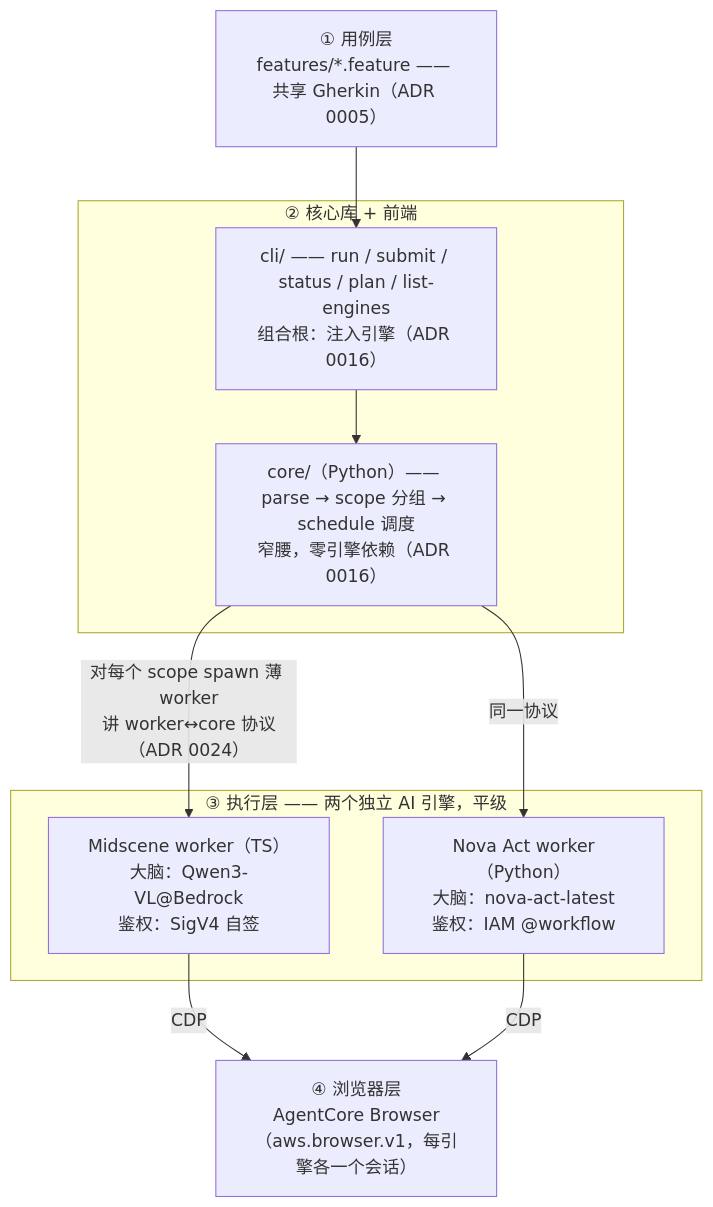
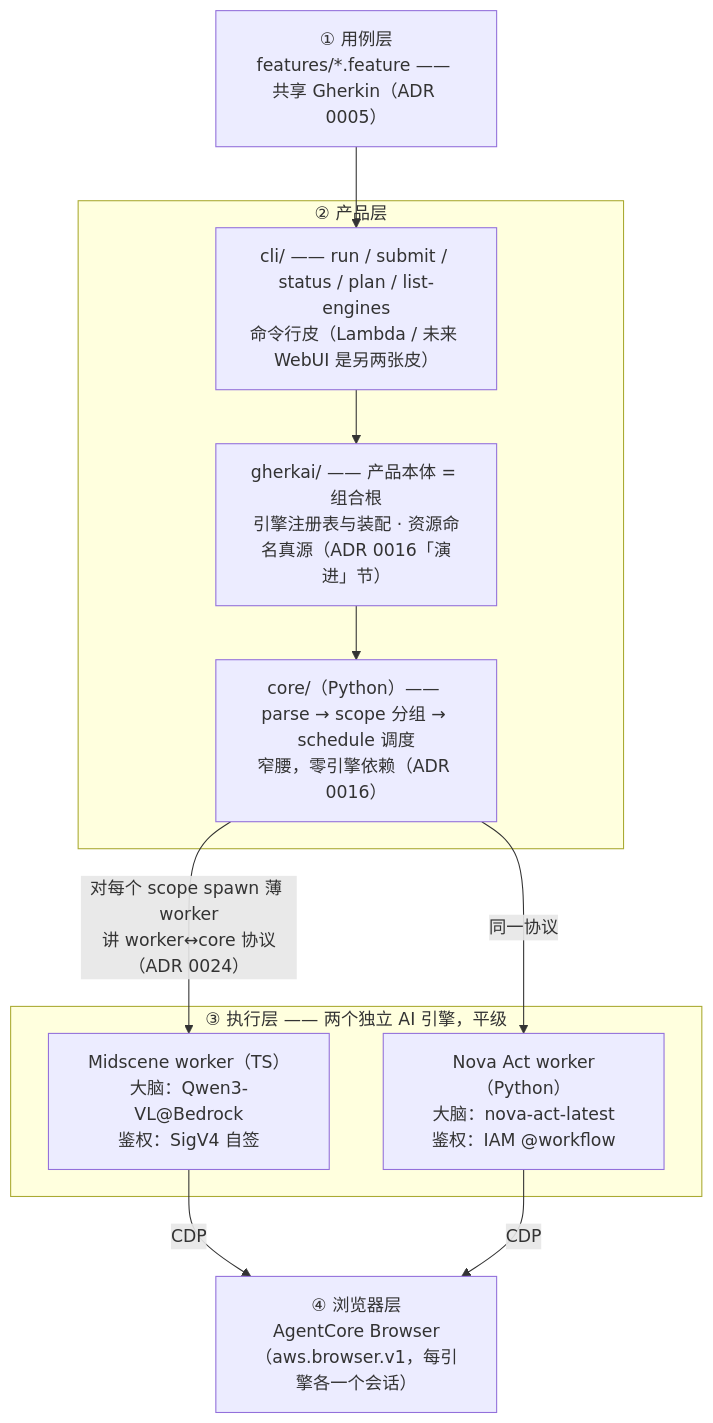
The diagram in README.md (zhiyanliu/gherkai), drawn with Mermaid before and after one commit.

Commit message:
README 架构图：②层补 gherkai 产品本体（皮→gherkai→core 依赖链,对齐抽包后布局）

````diff
--- a/README.md
+++ b/README.md
@@ -31,23 +31,24 @@
 ```mermaid
 flowchart TD
     F["① 用例层<br/>features/*.feature —— 共享 Gherkin（ADR 0005）"]
 
-    subgraph L2["② 核心库 + 前端"]
-        CLI["cli/ —— run / submit / status / plan / list-engines<br/>组合根：注入引擎（ADR 0016）"]
+    subgraph L2["② 产品层"]
+        CLI["cli/ —— run / submit / status / plan / list-engines<br/>命令行皮（Lambda / 未来 WebUI 是另两张皮）"]
+        G["gherkai/ —— 产品本体 = 组合根<br/>引擎注册表与装配 · 资源命名真源（ADR 0016「演进」节）"]
         C["core/（Python）—— parse → scope 分组 → schedule 调度<br/>窄腰，零引擎依赖（ADR 0016）"]
-        CLI --> C
+        CLI --> G --> C
     end
 
     subgraph L3["③ 执行层 —— 两个独立 AI 引擎，平级"]
         M["Midscene worker（TS）<br/>大脑：Qwen3-VL@Bedrock<br/>鉴权：SigV4 自签"]
         N["Nova Act worker（Python）<br/>大脑：nova-act-latest<br/>鉴权：IAM @workflow"]
     end
 
     B["④ 浏览器层<br/>AgentCore Browser（aws.browser.v1，每引擎各一个会话）"]
 
     F --> CLI
     C -- "对每个 scope spawn 薄 worker<br/>讲 worker↔core 协议（ADR 0024）" --> M
     C -- " 同一协议 " --> N
     M -- CDP --> B
     N -- CDP --> B
 ```
````
